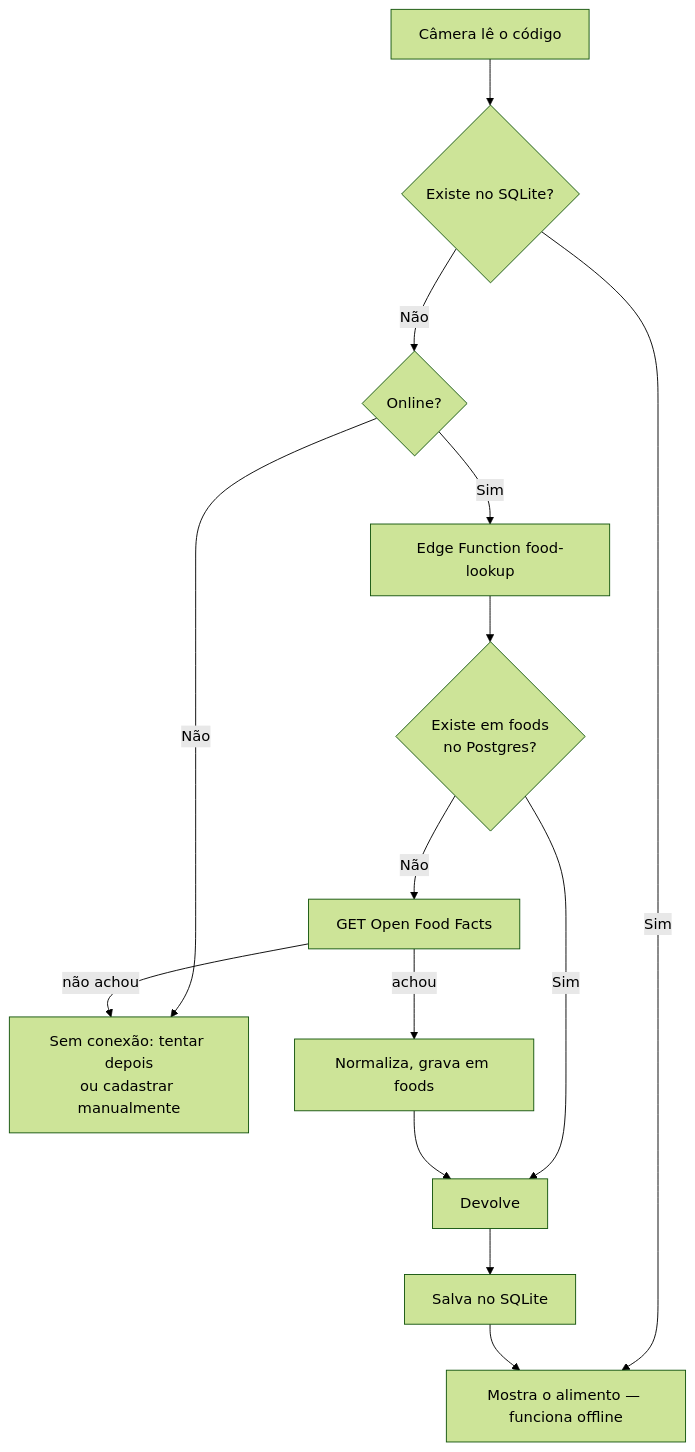
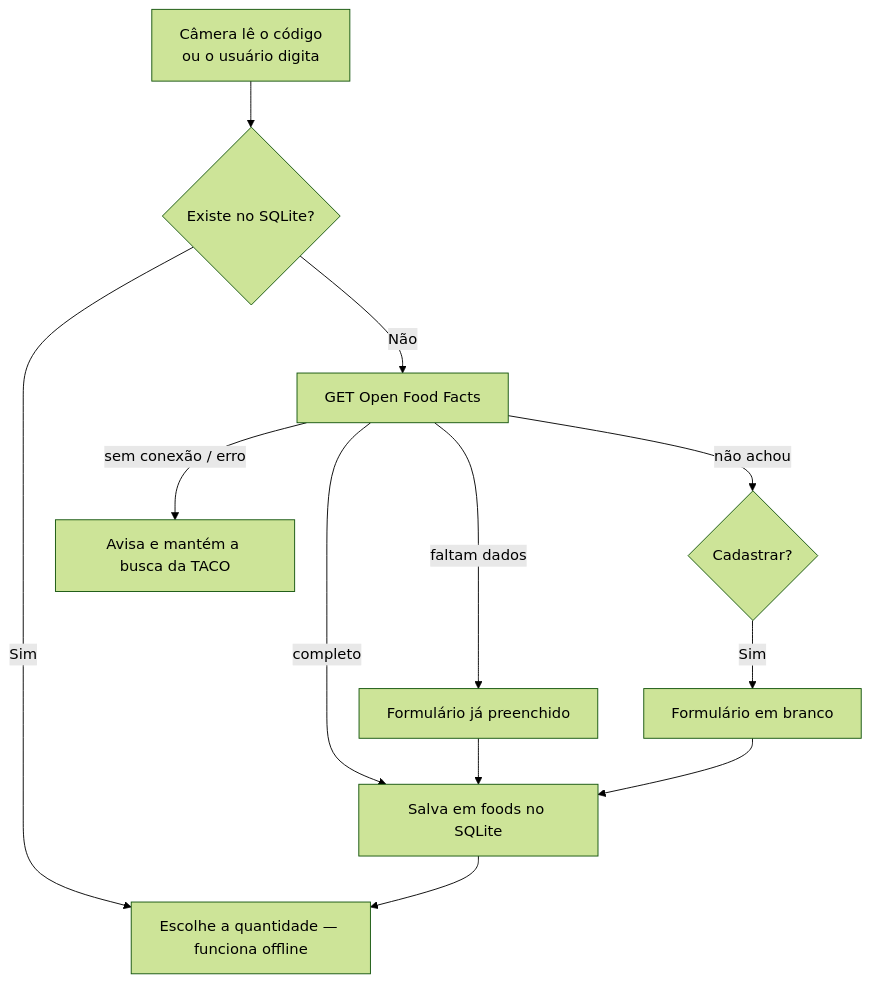
One commit to Gabrielvsiqueira/Oz_food_diary changed the fourth of 4 diagrams in docs/arquitetura.md. Above: the diagram before and after it, drawn with Mermaid (forest theme). The commit also changed other lines of this file and 1 other file, not shown here.

Commit message:
docs: document barcode scanning with Open Food Facts

````diff
--- a/docs/arquitetura.md
+++ b/docs/arquitetura.md
@@ -442,14 +439,13 @@
 ```mermaid
 flowchart TD
-    Scan[Câmera lê o código] --> Local{Existe no SQLite?}
-    Local -->|Sim| Show[Mostra o alimento — funciona offline]
-    Local -->|Não| Net{Online?}
-    Net -->|Não| Manual[Sem conexão: tentar depois<br/>ou cadastrar manualmente]
-    Net -->|Sim| EF[Edge Function food-lookup]
-    EF --> Cache{Existe em foods<br/>no Postgres?}
-    Cache -->|Sim| Return[Devolve]
-    Cache -->|Não| OFF[GET Open Food Facts]
-    OFF -->|achou| Norm[Normaliza, grava em foods] --> Return
-    OFF -->|não achou| Manual
-    Return --> Save[Salva no SQLite] --> Show
+    Scan[Câmera lê o código<br/>ou o usuário digita] --> Local{Existe no SQLite?}
+    Local -->|Sim| Show[Escolhe a quantidade — funciona offline]
+    Local -->|Não| OFF[GET Open Food Facts]
+    OFF -->|sem conexão / erro| Msg[Avisa e mantém a busca da TACO]
+    OFF -->|completo| Save[Salva em foods no SQLite] --> Show
+    OFF -->|faltam dados| Form[Formulário já preenchido]
+    OFF -->|não achou| Ask{Cadastrar?}
+    Ask -->|Sim| Blank[Formulário em branco]
+    Form --> Save
+    Blank --> Save
 ```
````
